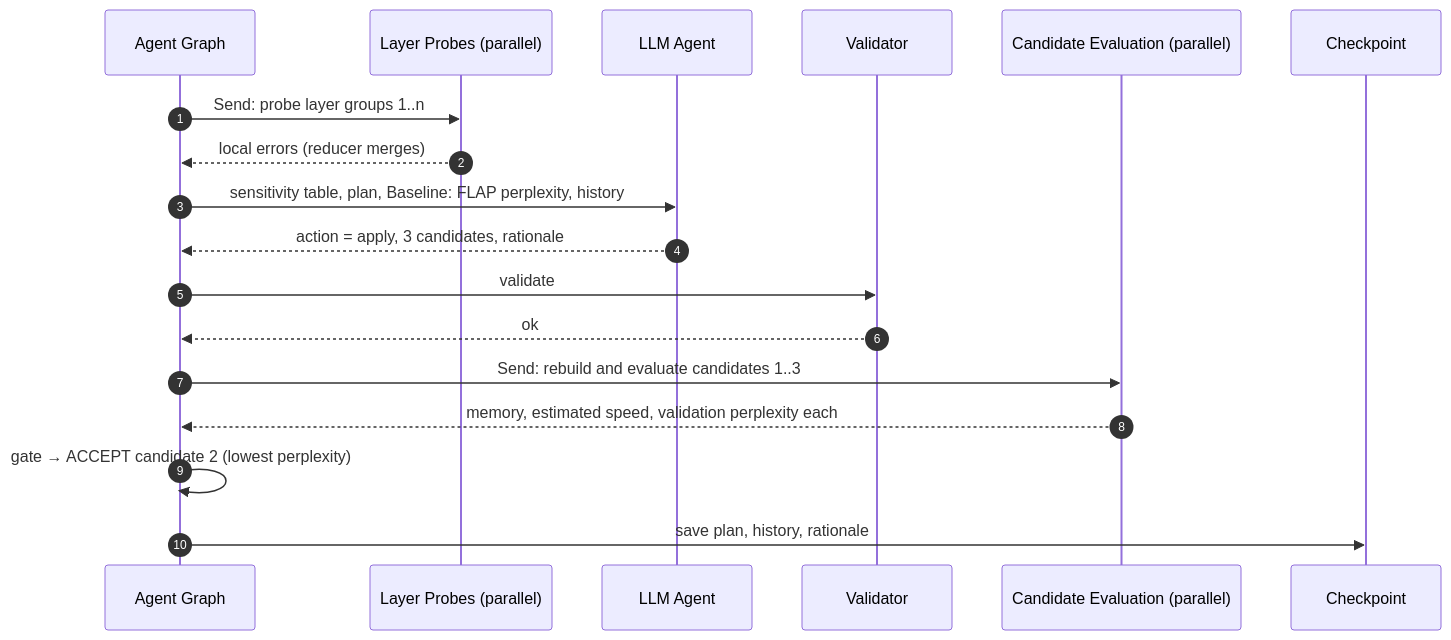
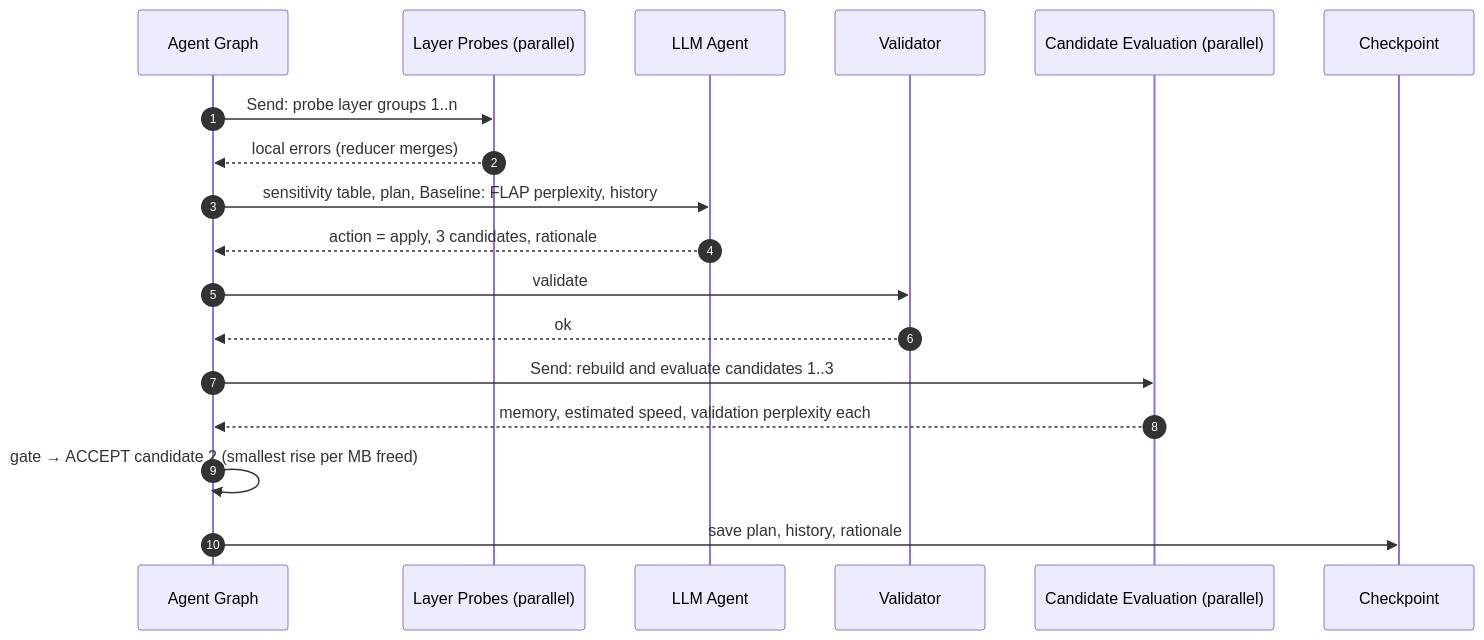
Before and after one commit to stephxu96/pruneagent: the fourth of 4 diagrams in ARCHITECTURE.md, drawn with Mermaid. The commit also changed other lines of this file and 7 other files, not shown here.

First line of the commit message:
Tasks 2.5, 2.6: candidate evaluator that skips unchanged early layers; gate on rise per MB freed

````diff
--- a/ARCHITECTURE.md
+++ b/ARCHITECTURE.md
@@ -444,21 +444,21 @@
 ```mermaid
 sequenceDiagram
     autonumber
     participant G as Agent Graph
     participant B as Layer Probes (parallel)
     participant A as LLM Agent
     participant V as Validator
     participant C as Candidate Evaluation (parallel)
     participant K as Checkpoint
 
     G->>B: Send: probe layer groups 1..n
     B-->>G: local errors (reducer merges)
     G->>A: sensitivity table, plan, Baseline: FLAP perplexity, history
     A-->>G: action = apply, 3 candidates, rationale
     G->>V: validate
     V-->>G: ok
     G->>C: Send: rebuild and evaluate candidates 1..3
     C-->>G: memory, estimated speed, validation perplexity each
-    G->>G: gate → ACCEPT candidate 2 (lowest perplexity)
+    G->>G: gate → ACCEPT candidate 2 (smallest rise per MB freed)
     G->>K: save plan, history, rationale
 ```
````
